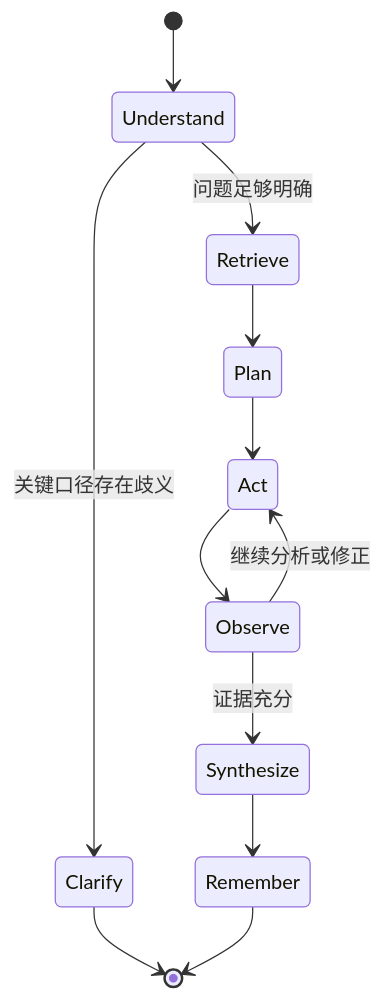
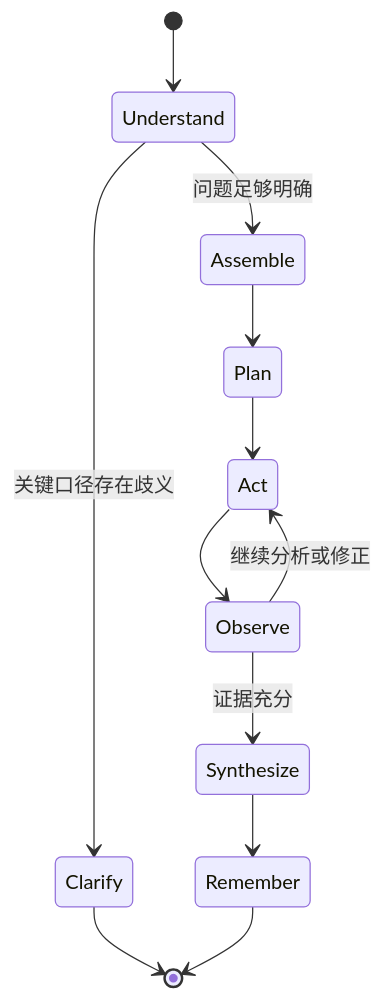
One commit to YansenSong/CommerceTrace changed the second of 3 diagrams in docs/specs/2026-07-25-data-agent-design.md. Above: the diagram before and after it, drawn with Mermaid. The commit also changed other lines of this file and 11 other files, not shown here.

````diff
--- a/docs/specs/2026-07-25-data-agent-design.md
+++ b/docs/specs/2026-07-25-data-agent-design.md
@@ -138,14 +138,14 @@
 ```mermaid
 stateDiagram-v2
     [*] --> Understand
     Understand --> Clarify: 关键口径存在歧义
-    Understand --> Retrieve: 问题足够明确
+    Understand --> Assemble: 问题足够明确
     Clarify --> [*]
-    Retrieve --> Plan
+    Assemble --> Plan
     Plan --> Act
     Act --> Observe
     Observe --> Act: 继续分析或修正
     Observe --> Synthesize: 证据充分
     Synthesize --> Remember
     Remember --> [*]
 ```
````
